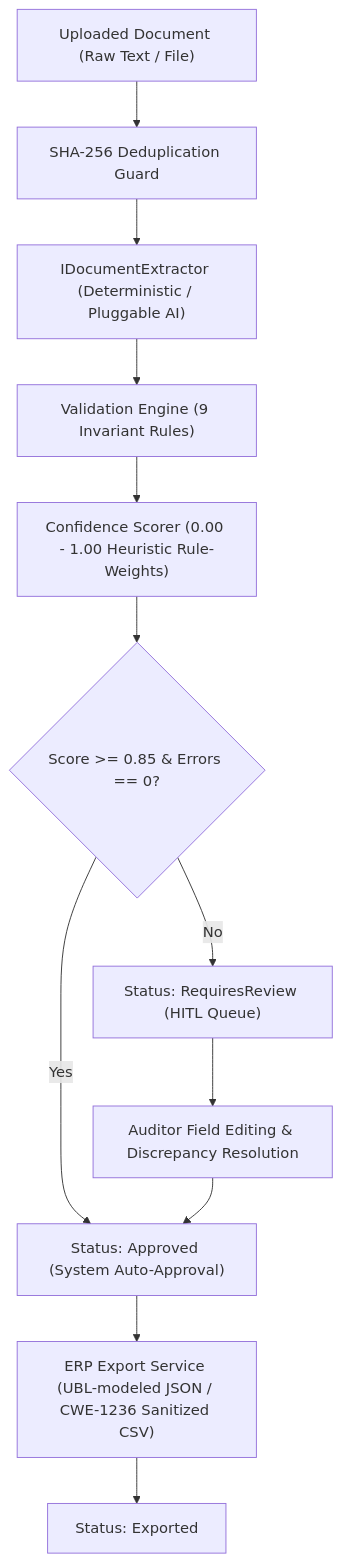
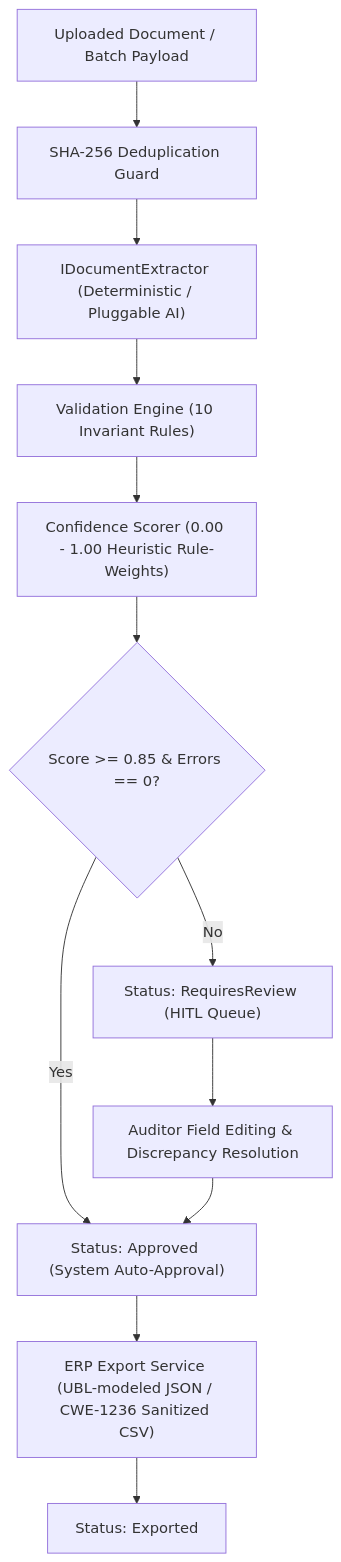
The diagram in README.md (RASHA2702/DocumentOps), drawn with Mermaid before and after one commit. The commit also changed other lines of this file and 9 other files, not shown here.

Commit message:
feat: international tax ID validation (Modulo-89), batch processing pipeline, 40 passing tests

````diff
--- a/README.md
+++ b/README.md
@@ -28,14 +28,14 @@
 ```mermaid
 flowchart TD
-    RawDoc["Uploaded Document (Raw Text / File)"] --> Hash["SHA-256 Deduplication Guard"]
+    RawDoc["Uploaded Document / Batch Payload"] --> Hash["SHA-256 Deduplication Guard"]
     Hash --> Extract["IDocumentExtractor (Deterministic / Pluggable AI)"]
-    Extract --> Val["Validation Engine (9 Invariant Rules)"]
+    Extract --> Val["Validation Engine (10 Invariant Rules)"]
     Val --> Score["Confidence Scorer (0.00 - 1.00 Heuristic Rule-Weights)"]
     Score --> Decision{"Score >= 0.85 & Errors == 0?"}
     Decision -- Yes --> AutoApprove["Status: Approved (System Auto-Approval)"]
     Decision -- No --> ReviewQueue["Status: RequiresReview (HITL Queue)"]
     ReviewQueue --> Auditor["Auditor Field Editing & Discrepancy Resolution"]
     Auditor --> AutoApprove
     AutoApprove --> ERPExport["ERP Export Service (UBL-modeled JSON / CWE-1236 Sanitized CSV)"]
     ERPExport --> FinalStatus["Status: Exported"]
 ```
````
